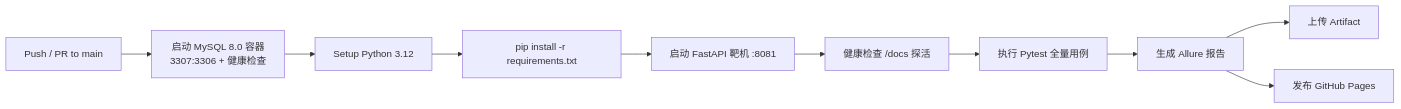
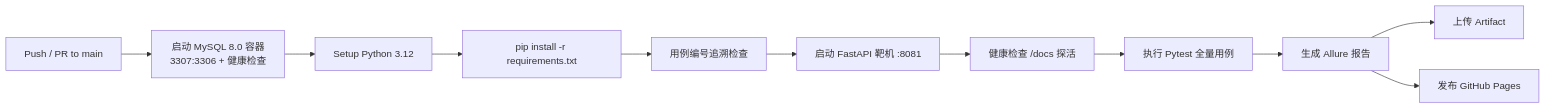
One commit to chenjt-bit/api-auto-demo changed the second of 2 diagrams in README.md. Above: the diagram before and after it, drawn with Mermaid. The commit also changed other lines of this file and 3 other files, not shown here.

````diff
--- a/README.md
+++ b/README.md
@@ -334,12 +338,13 @@
 ```mermaid
 flowchart LR
     A[Push / PR to main] --> B[启动 MySQL 8.0 容器<br/>3307:3306 + 健康检查]
     B --> C[Setup Python 3.12]
     C --> D[pip install -r requirements.txt]
-    D --> E[启动 FastAPI 靶机 :8081]
+    D --> D2[用例编号追溯检查]
+    D2 --> E[启动 FastAPI 靶机 :8081]
     E --> F[健康检查 /docs 探活]
     F --> G[执行 Pytest 全量用例]
     G --> H[生成 Allure 报告]
     H --> I[上传 Artifact]
     H --> J[发布 GitHub Pages]
 ```
````
